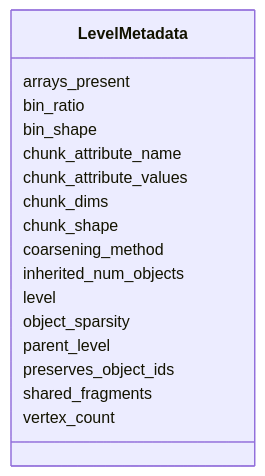
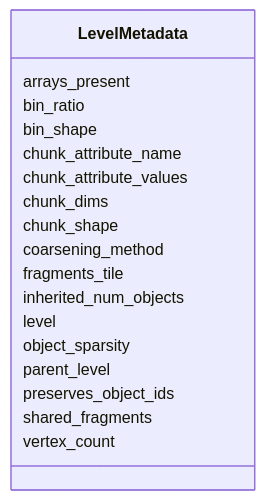
One commit to AllenInstitute/zarr-vectors-py changed the eighth of 16 diagrams in schema/reference.md. Above: the diagram before and after it, drawn with Mermaid. The commit also changed other lines of this file and 3 other files, not shown here.

First line of the commit message:
schema: fix attribute_specs, add fragments_tile, check artefacts in CI

````diff
--- a/schema/reference.md
+++ b/schema/reference.md
@@ -5047,36 +5406,38 @@
 ```mermaid
  classDiagram
     class LevelMetadata
     click LevelMetadata href "../LevelMetadata/"
       LevelMetadata : arrays_present
         
       LevelMetadata : bin_ratio
         
       LevelMetadata : bin_shape
         
       LevelMetadata : chunk_attribute_name
         
       LevelMetadata : chunk_attribute_values
         
       LevelMetadata : chunk_dims
         
       LevelMetadata : chunk_shape
         
       LevelMetadata : coarsening_method
         
+      LevelMetadata : fragments_tile
+        
       LevelMetadata : inherited_num_objects
         
       LevelMetadata : level
         
       LevelMetadata : object_sparsity
         
       LevelMetadata : parent_level
         
       LevelMetadata : preserves_object_ids
         
       LevelMetadata : shared_fragments
         
       LevelMetadata : vertex_count
         
       
 ```
````
